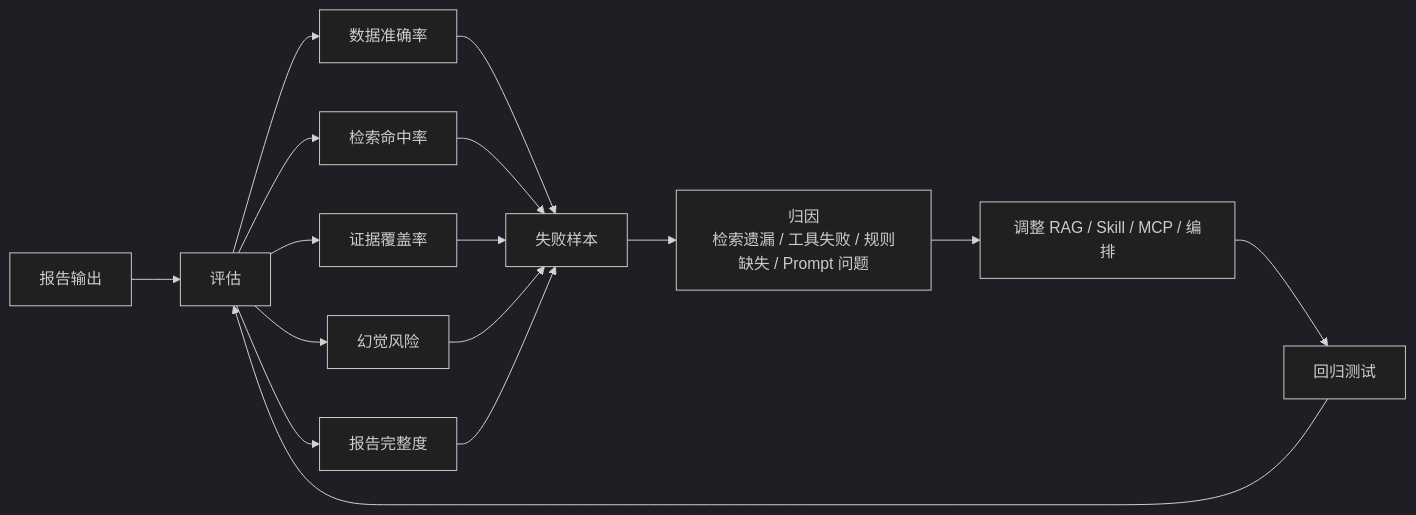
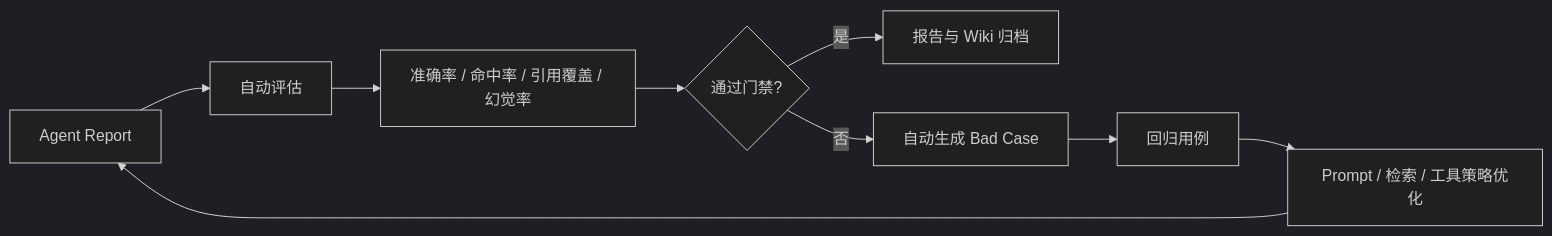
Before and after one commit to ljt-sss/A_stock_analysis_agent: the third of 3 diagrams in README.md, drawn with Mermaid (dark theme). The commit also changed other lines of this file and 11 other files, not shown here.

Commit message:
Implement supervisor agent architecture and context pipeline

````diff
--- a/README.md
+++ b/README.md
@@ -302,19 +121,11 @@
 ```mermaid
 flowchart LR
-    Report["报告输出"] --> Eval["评估"]
-    Eval --> A["数据准确率"]
-    Eval --> B["检索命中率"]
-    Eval --> C["证据覆盖率"]
-    Eval --> D["幻觉风险"]
-    Eval --> E["报告完整度"]
-
-    A --> Case["失败样本"]
-    B --> Case
-    C --> Case
-    D --> Case
-    E --> Case
-    Case --> Cause["归因<br/>检索遗漏 / 工具失败 / 规则缺失 / Prompt 问题"]
-    Cause --> Fix["调整 RAG / Skill / MCP / 编排"]
-    Fix --> Regression["回归测试"]
-    Regression --> Eval
+    Report["Agent Report"] --> Eval["自动评估"]
+    Eval --> Metrics["准确率 / 命中率 / 引用覆盖 / 幻觉率"]
+    Metrics --> Gate{"通过门禁?"}
+    Gate -->|是| Archive["报告与 Wiki 归档"]
+    Gate -->|否| BadCase["自动生成 Bad Case"]
+    BadCase --> Regression["回归用例"]
+    Regression --> Prompt["Prompt / 检索 / 工具策略优化"]
+    Prompt --> Report
 ```
````
